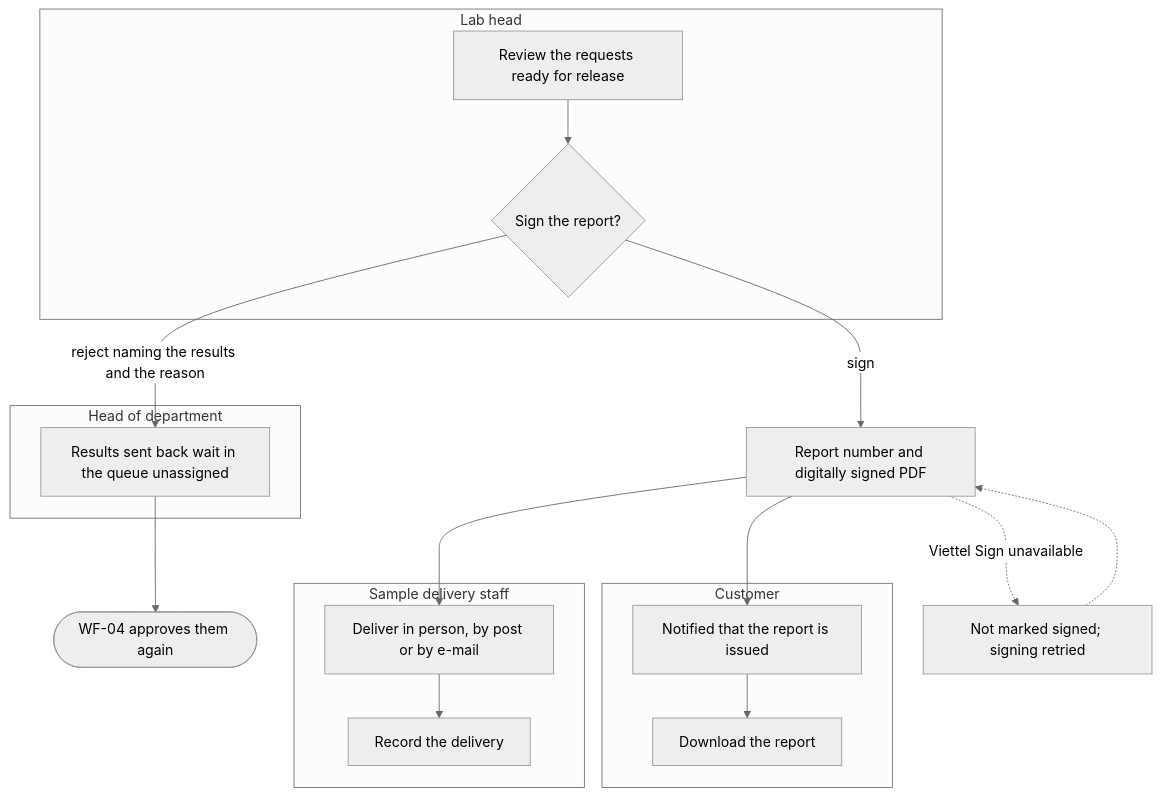
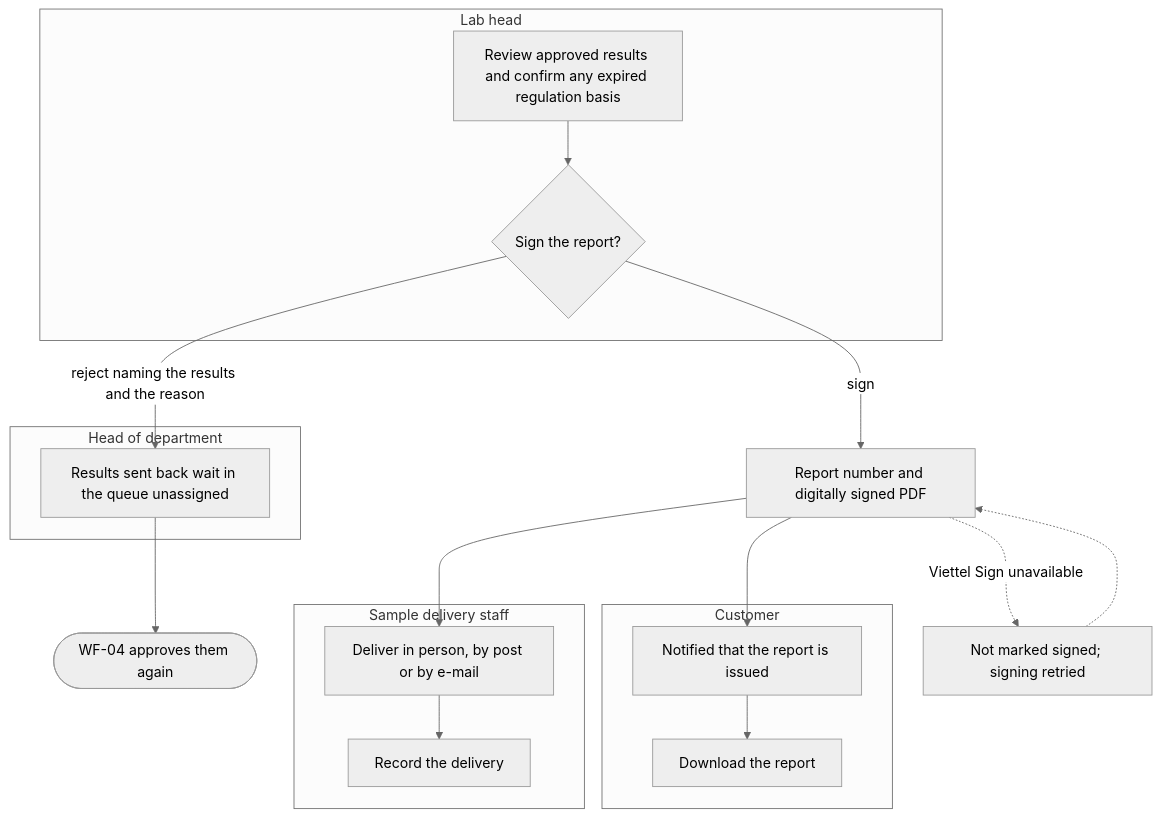
Before and after one commit to SoltuneMontepre/medilab: the sixth of 16 diagrams in docs/functional/business-flows.md, drawn with Mermaid (neutral theme). The commit also changed other lines of this file and 30 other files, not shown here.

````diff
--- a/docs/functional/business-flows.md
+++ b/docs/functional/business-flows.md
@@ -271,20 +294,20 @@
 ```mermaid
 flowchart TD
     subgraph lane15 ["Lab head"]
-        l1[Review the requests ready for release] --> l2{Sign the report?}
+        l1[Review approved results and confirm any expired regulation basis] --> l2{Sign the report?}
     end
     subgraph lane16 ["Head of department"]
         h1[Results sent back wait in the queue unassigned]
     end
     subgraph lane17 ["Sample delivery staff"]
         d1[Deliver in person, by post or by e-mail] --> d2[Record the delivery]
     end
     subgraph lane18 ["Customer"]
         c1[Notified that the report is issued] --> c2[Download the report]
     end
     l2 -->|reject naming the results and the reason| h1 --> wf04([WF-04 approves them again])
     l2 -->|sign| issued[Report number and digitally signed PDF]
     issued --> d1
     issued --> c1
     issued -.->|Viettel Sign unavailable| retry["Not marked signed; signing retried"] -.-> issued
 ```
````
